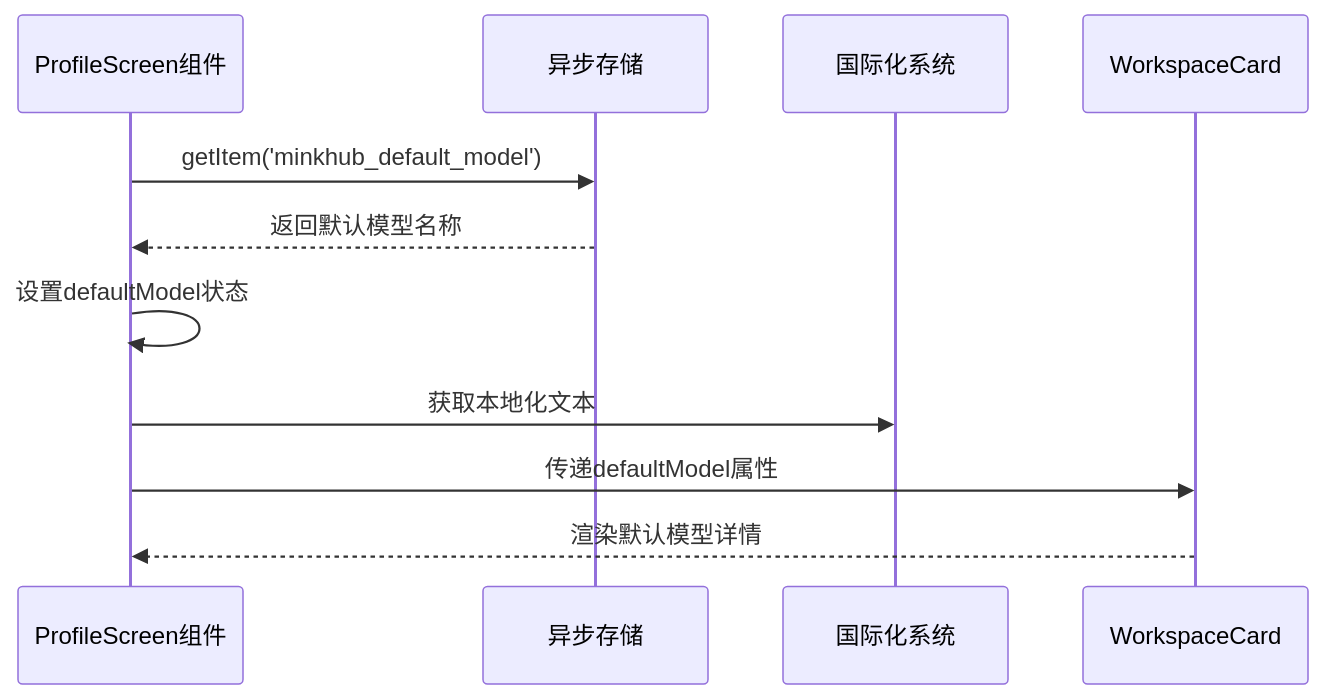
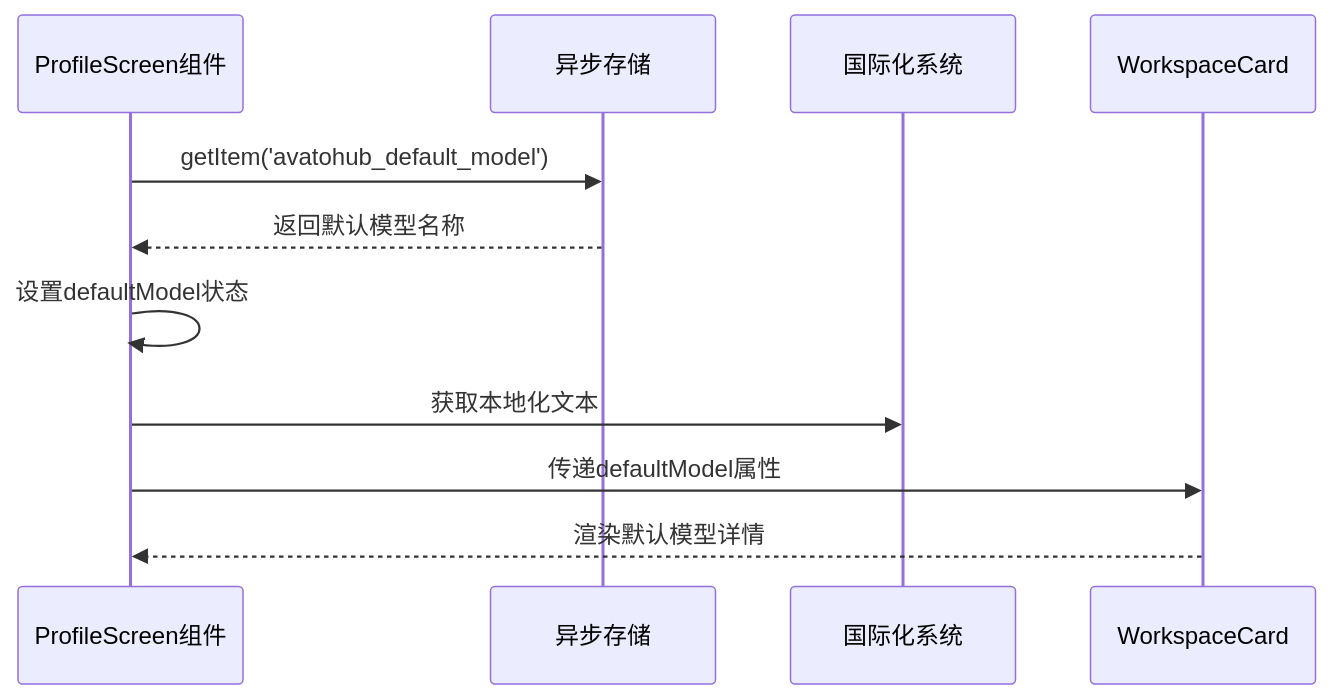
One commit to AvatoLabs/avato changed the tenth of 12 diagrams in .qoder/repowiki/zh/content/核心功能模块/个人资料编辑增强.md. Above: the diagram before and after it, drawn with Mermaid. The commit also changed other lines of this file and 169 other files, not shown here.

````diff
--- a/.qoder/repowiki/zh/content/核心功能模块/个人资料编辑增强.md
+++ b/.qoder/repowiki/zh/content/核心功能模块/个人资料编辑增强.md
@@ -550,12 +550,12 @@
 ```mermaid
 sequenceDiagram
 participant Component as ProfileScreen组件
 participant AsyncStorage as 异步存储
 participant I18n as 国际化系统
-Component->>AsyncStorage : getItem('minkhub_default_model')
+Component->>AsyncStorage : getItem('avatohub_default_model')
 AsyncStorage-->>Component : 返回默认模型名称
 Component->>Component : 设置defaultModel状态
 Component->>I18n : 获取本地化文本
 Component->>WorkspaceCard : 传递defaultModel属性
 WorkspaceCard-->>Component : 渲染默认模型详情
 ```
````
